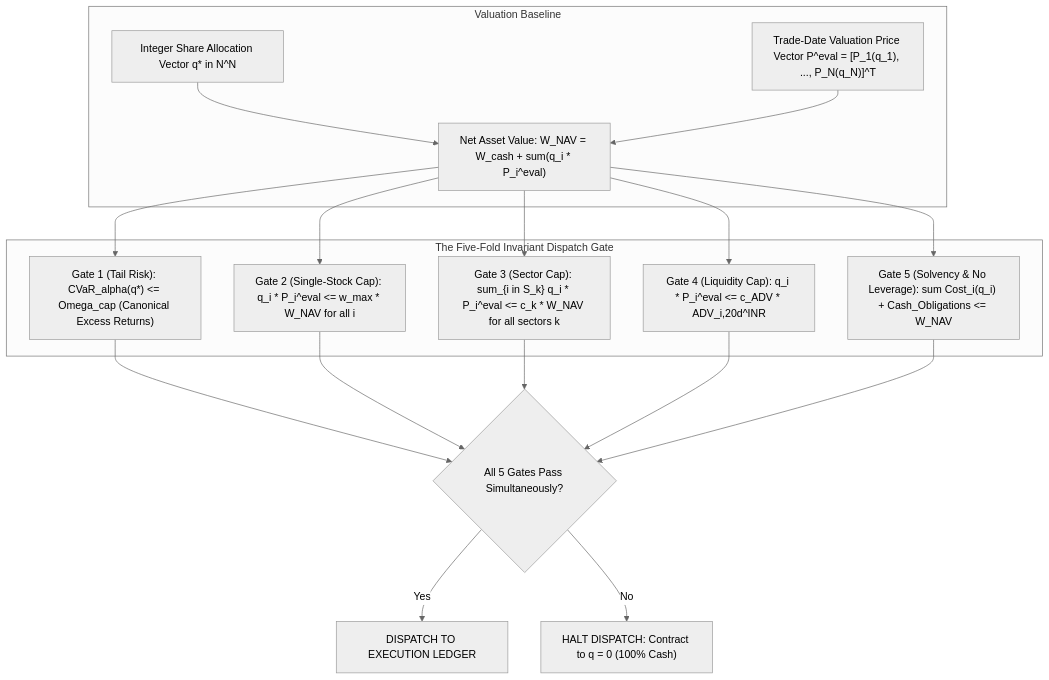
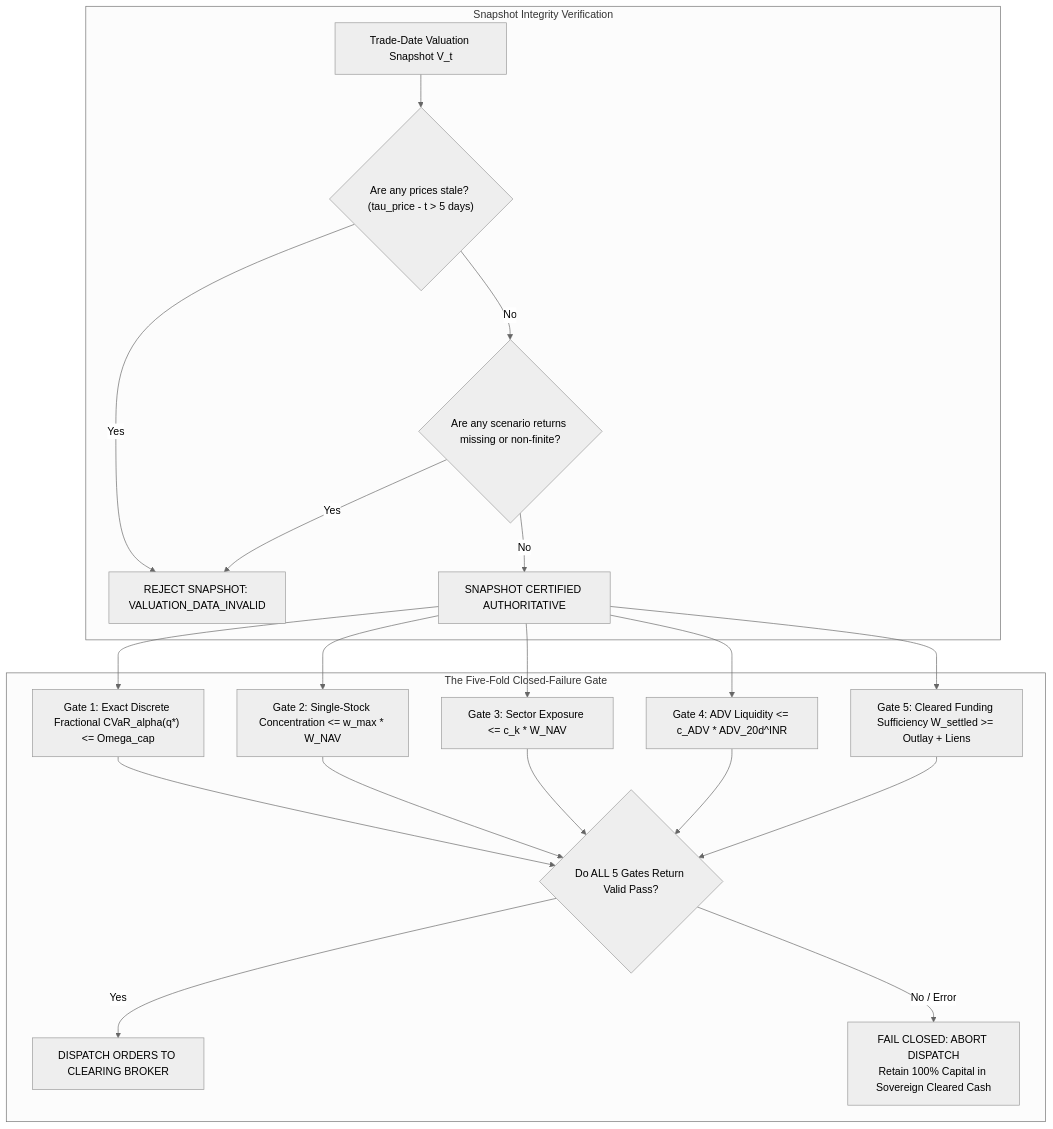
Before and after one commit to 2k25it2514261-cloud/alphaniti: the third of 6 diagrams in README.md, drawn with Mermaid (neutral theme). The commit also changed other lines of this file, not shown here.

Commit message:
docs: release AlphaNiti v18.0 master architecture specification and proof-obligation register

````diff
--- a/README.md
+++ b/README.md
@@ -81,20 +125,22 @@
 ```mermaid
 flowchart TD
-    subgraph Valuation Baseline
-        Q["Integer Share Allocation Vector q* in N^N"]
-        P["Trade-Date Valuation Price Vector P^eval = [P_1(q_1), ..., P_N(q_N)]^T"]
-        Q & P --> NAV["Net Asset Value: W_NAV = W_cash + sum(q_i * P_i^eval)"]
+    subgraph Snapshot Integrity Verification
+        Snap["Trade-Date Valuation Snapshot V_t"] --> Check1{"Are any prices stale? (tau_price - t > 5 days)"}
+        Check1 -- Yes --> FAIL["REJECT SNAPSHOT: VALUATION_DATA_INVALID"]
+        Check1 -- No --> Check2{"Are any scenario returns missing or non-finite?"}
+        Check2 -- Yes --> FAIL
+        Check2 -- No --> VALID["SNAPSHOT CERTIFIED AUTHORITATIVE"]
     end
 
-    subgraph The Five-Fold Invariant Dispatch Gate
-        NAV --> G1["Gate 1 (Tail Risk): CVaR_alpha(q*) <= Omega_cap (Canonical Excess Returns)"]
-        NAV --> G2["Gate 2 (Single-Stock Cap): q_i * P_i^eval <= w_max * W_NAV for all i"]
-        NAV --> G3["Gate 3 (Sector Cap): sum_{i in S_k} q_i * P_i^eval <= c_k * W_NAV for all sectors k"]
-        NAV --> G4["Gate 4 (Liquidity Cap): q_i * P_i^eval <= c_ADV * ADV_i,20d^INR"]
-        NAV --> G5["Gate 5 (Solvency & No Leverage): sum Cost_i(q_i) + Cash_Obligations <= W_NAV"]
+    subgraph The Five-Fold Closed-Failure Gate
+        VALID --> G1["Gate 1: Exact Discrete Fractional CVaR_alpha(q*) <= Omega_cap"]
+        VALID --> G2["Gate 2: Single-Stock Concentration <= w_max * W_NAV"]
+        VALID --> G3["Gate 3: Sector Exposure <= c_k * W_NAV"]
+        VALID --> G4["Gate 4: ADV Liquidity <= c_ADV * ADV_20d^INR"]
+        VALID --> G5["Gate 5: Cleared Funding Sufficiency W_settled >= Outlay + Liens"]
+        
+        G1 & G2 & G3 & G4 & G5 --> DISPATCH{"Do ALL 5 Gates Return Valid Pass?"}
+        DISPATCH -- Yes --> OK["DISPATCH ORDERS TO CLEARING BROKER"]
+        DISPATCH -- No / Error --> CLOSED["FAIL CLOSED: ABORT DISPATCH<br>Retain 100% Capital in Sovereign Cleared Cash"]
     end
-
-    G1 & G2 & G3 & G4 & G5 --> DISPATCH{"All 5 Gates Pass Simultaneously?"}
-    DISPATCH -- Yes --> EXEC["DISPATCH TO EXECUTION LEDGER"]
-    DISPATCH -- No --> REJECT["HALT DISPATCH: Contract to q = 0 (100% Cash)"]
 ```
````
